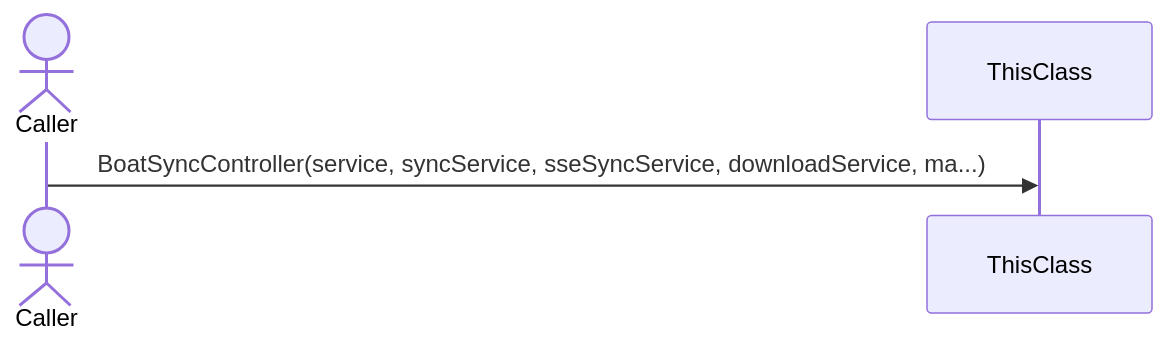
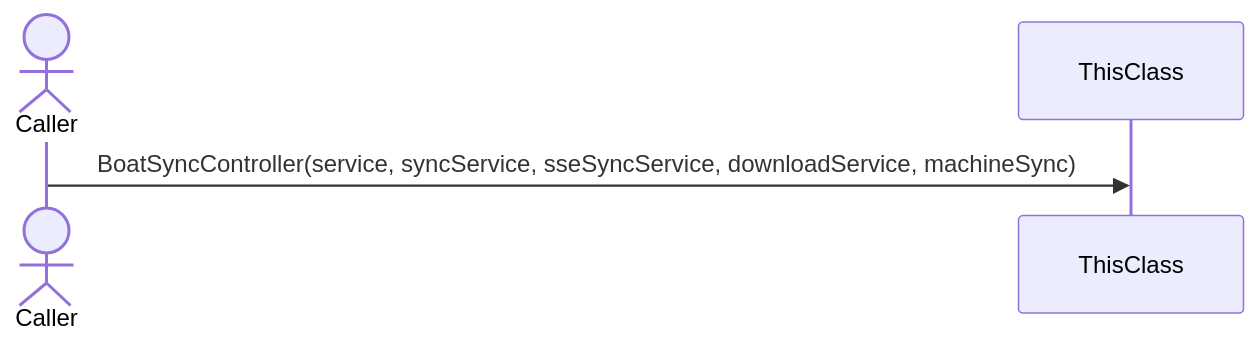
One commit to FelipeMCassiano/geanky changed the second of 6 diagrams in docs/BoatSyncController.md. Above: the diagram before and after it, drawn with Mermaid. The commit also changed other lines of this file and 6 other files, not shown here.

````diff
--- a/docs/BoatSyncController.md
+++ b/docs/BoatSyncController.md
@@ -121,8 +121,8 @@
 ```mermaid
 sequenceDiagram
     actor Caller
     participant ThisClass
 
-    Caller->>ThisClass: BoatSyncController(service, syncService, sseSyncService, downloadService, ma...)
+    Caller->>ThisClass: BoatSyncController(service, syncService, sseSyncService, downloadService, machineSync)
 
 ```
````
